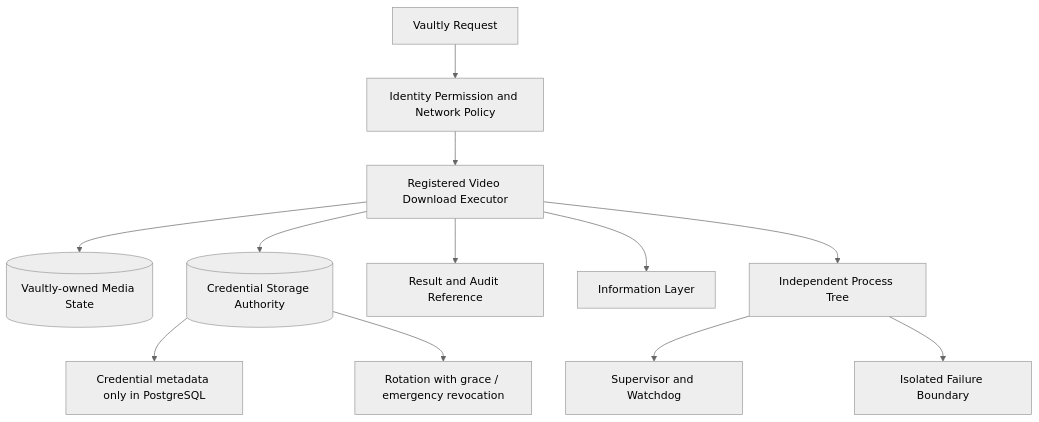
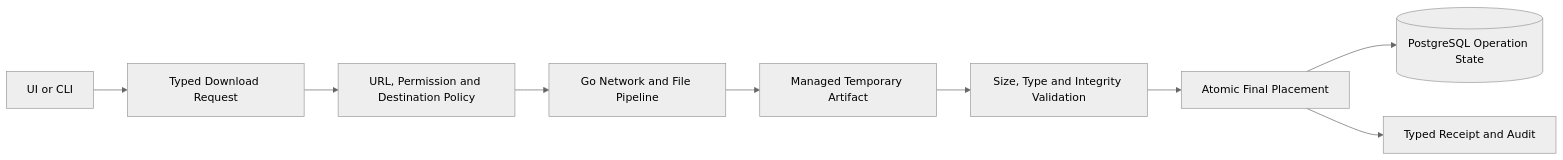
One commit to guilty442-source/GPTBridge changed the diagram in governance_rule/codex/architecture-tool-vaultly.md. Above: the diagram before and after it, drawn with Mermaid (neutral theme). The commit also changed other lines of this file and 14 other files, not shown here.

Commit message:
codex sync 15:00:49Z: zh-TW mirror parts + architecture docs refreshed; formal rule evaluator codes renamed to canonical (_V1 suffix dropped; GO_RUST_NODE->GO_RUST_RUNTIME, JAX_PYTORCH->JAX_FRAMEWORK); release-dependencies pin

````diff
--- a/governance_rule/codex/architecture-tool-vaultly.md
+++ b/governance_rule/codex/architecture-tool-vaultly.md
@@ -3,14 +3,11 @@
 ```mermaid
-flowchart TB
-  ENTRY[Vaultly Request] --> AUTH[Identity Permission and Network Policy]
-  AUTH --> DOWNLOAD[Registered Video Download Executor]
-  DOWNLOAD --> MEDIA[(Vaultly-owned Media State)]
-  DOWNLOAD --> CRED[(Credential Storage Authority)]
-  CRED --> META[Credential metadata only in PostgreSQL]
-  CRED --> ROTATE[Rotation with grace / emergency revocation]
-  DOWNLOAD --> RECEIPT[Result and Audit Reference]
-  DOWNLOAD --> INFO[Information Layer]
-  DOWNLOAD --> PROC[Independent Process Tree]
-  PROC --> SUP[Supervisor and Watchdog]
-  PROC --> FAULT[Isolated Failure Boundary]
+flowchart LR
+  UI[UI or CLI] --> REQUEST[Typed Download Request]
+  REQUEST --> POLICY[URL, Permission and Destination Policy]
+  POLICY --> GO[Go Network and File Pipeline]
+  GO --> TEMP[Managed Temporary Artifact]
+  TEMP --> VERIFY[Size, Type and Integrity Validation]
+  VERIFY --> MOVE[Atomic Final Placement]
+  MOVE --> PG[(PostgreSQL Operation State)]
+  MOVE --> RECEIPT[Typed Receipt and Audit]
 ```
````
